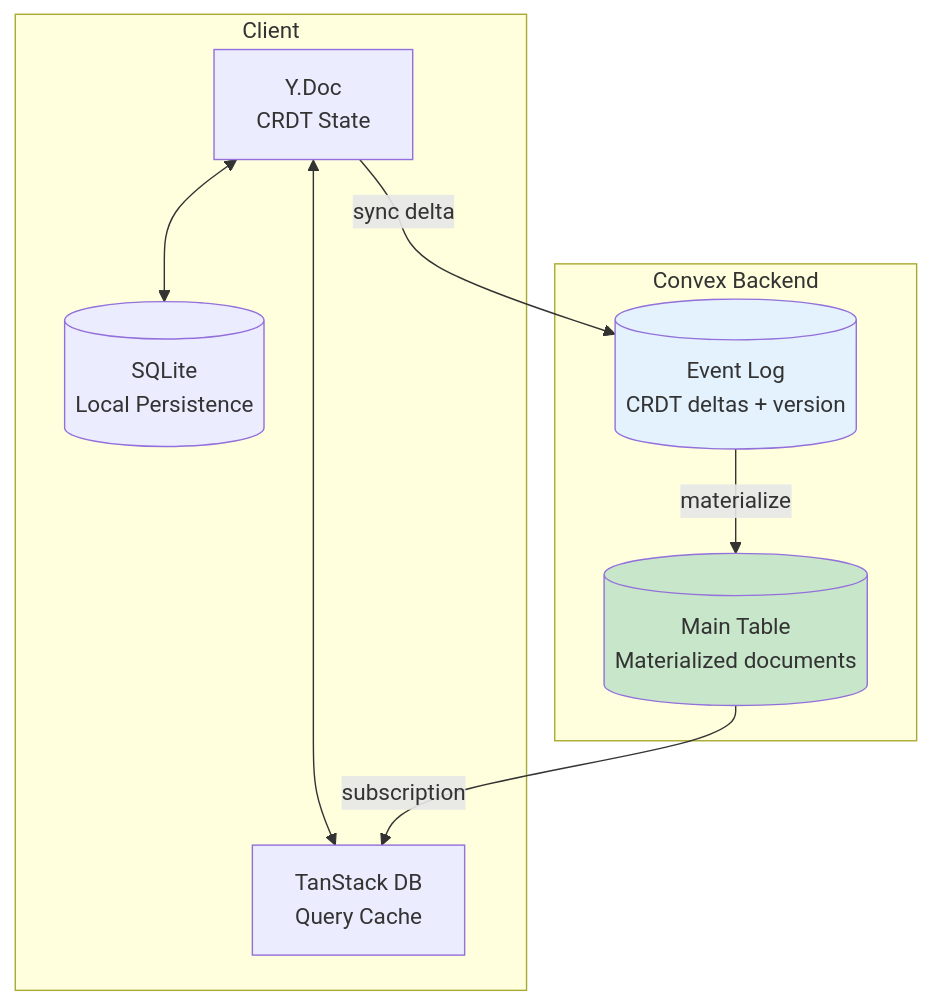
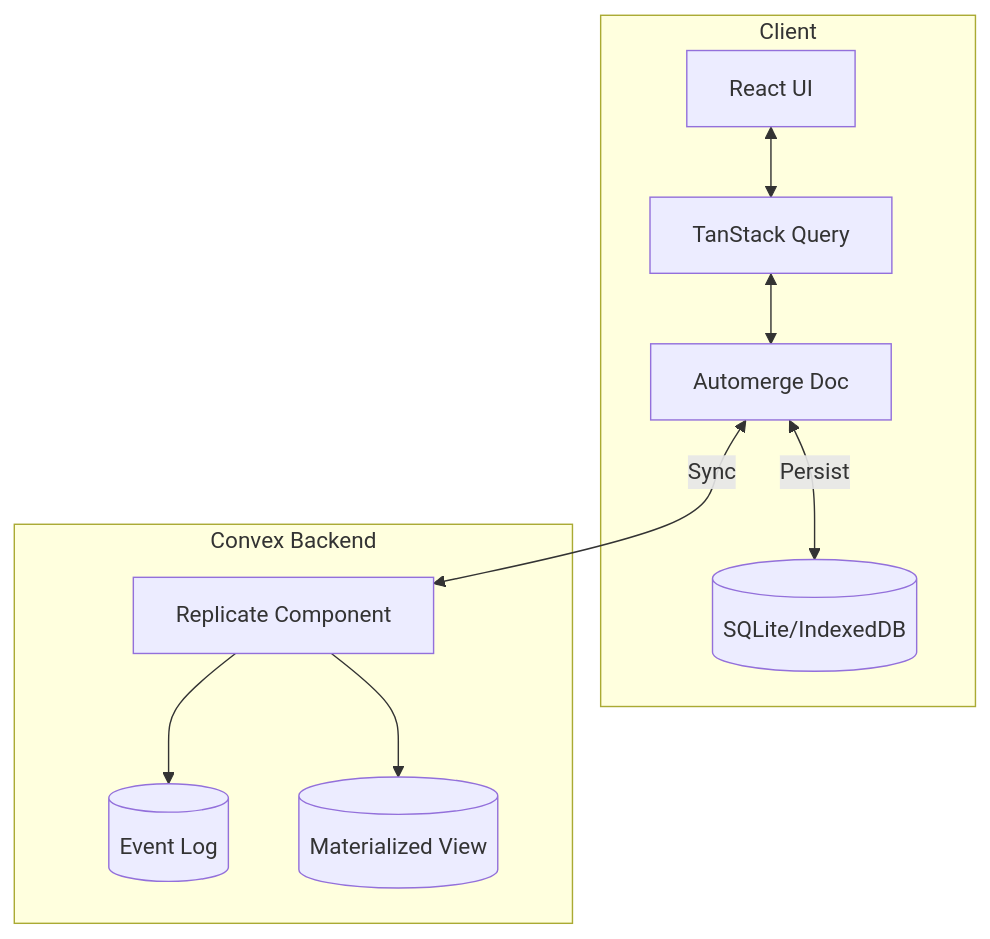
Before and after one commit to robelest/robelest: the sixth of 12 diagrams in journal/2025-12-25-replicate-local-first.md, drawn with Mermaid. The commit also changed other lines of this file, not shown here.

First line of the commit message:
rewrite: replicate journal as first-person narrative with improved flow

````diff
--- a/journal/2025-12-25-replicate-local-first.md
+++ b/journal/2025-12-25-replicate-local-first.md
@@ -1333,22 +341,14 @@
 ```mermaid
 flowchart TB
-    subgraph CLIENT["Client"]
-        YDOC[Y.Doc<br/>CRDT State]
-        TANSTACK[TanStack DB<br/>Query Cache]
-        LOCAL[(SQLite<br/>Local Persistence)]
+    subgraph "Client"
+        UI[React UI] <--> TSQ[TanStack Query]
+        TSQ <--> AM[Automerge Doc]
+        AM <-->|Persist| SQLITE[(SQLite/IndexedDB)]
     end
-
-    subgraph CONVEX["Convex Backend"]
-        EVENTS[(Event Log<br/>CRDT deltas + version)]
-        MATERIAL[(Main Table<br/>Materialized documents)]
+    
+    subgraph "Convex Backend"
+        AM <-->|Sync| COMP[Replicate Component]
+        COMP --> LOG[(Event Log)]
+        COMP --> MAT[(Materialized View)]
     end
-
-    YDOC <--> TANSTACK
-    YDOC <--> LOCAL
-    YDOC -->|"sync delta"| EVENTS
-    EVENTS -->|"materialize"| MATERIAL
-    MATERIAL -->|"subscription"| TANSTACK
-
-    style EVENTS fill:#e3f2fd
-    style MATERIAL fill:#c8e6c9
 ```
````
